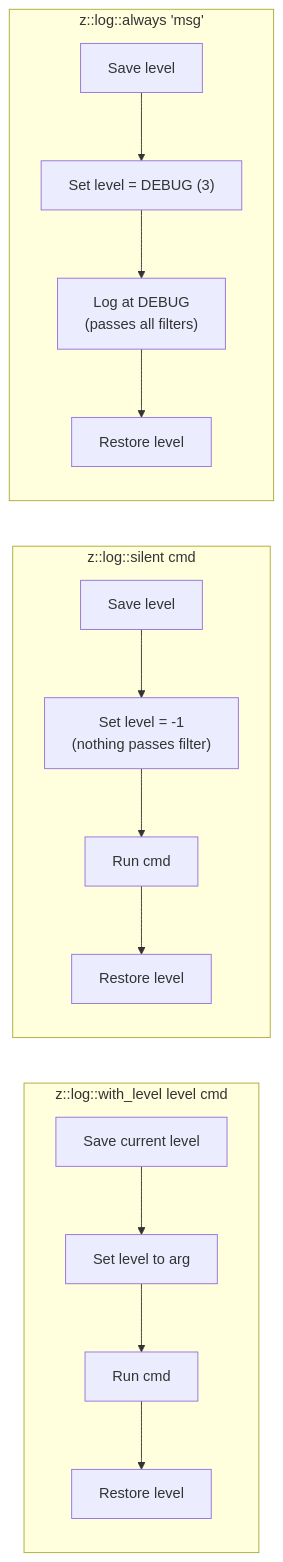
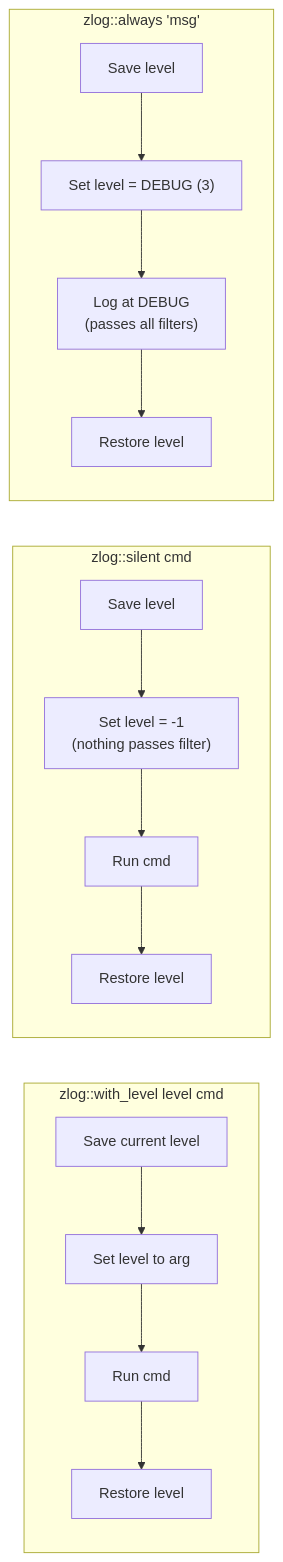
One commit to Khodaparastan/zsh-log changed diagram 16 of 20 in docs/architecture.md. Above: the diagram before and after it, drawn with Mermaid. The commit also changed other lines of this file and 14 other files, not shown here.

First line of the commit message:
update function prefixes from z::log:: to zlog:: in documentation and examples

````diff
--- a/docs/architecture.md
+++ b/docs/architecture.md
@@ -790,26 +790,26 @@
 ```mermaid
 flowchart LR
-    subgraph WithLevel["z::log::with_level level cmd"]
+    subgraph WithLevel["zlog::with_level level cmd"]
         WL1["Save current level"]
         WL2["Set level to arg"]
         WL3["Run cmd"]
         WL4["Restore level"]
         WL1 --> WL2 --> WL3 --> WL4
     end
 
-    subgraph Silent["z::log::silent cmd"]
+    subgraph Silent["zlog::silent cmd"]
         SL1["Save level"]
         SL2["Set level = -1\n(nothing passes filter)"]
         SL3["Run cmd"]
         SL4["Restore level"]
         SL1 --> SL2 --> SL3 --> SL4
     end
 
-    subgraph Always["z::log::always 'msg'"]
+    subgraph Always["zlog::always 'msg'"]
         AL1["Save level"]
         AL2["Set level = DEBUG (3)"]
         AL3["Log at DEBUG\n(passes all filters)"]
         AL4["Restore level"]
         AL1 --> AL2 --> AL3 --> AL4
     end
 ```
````
